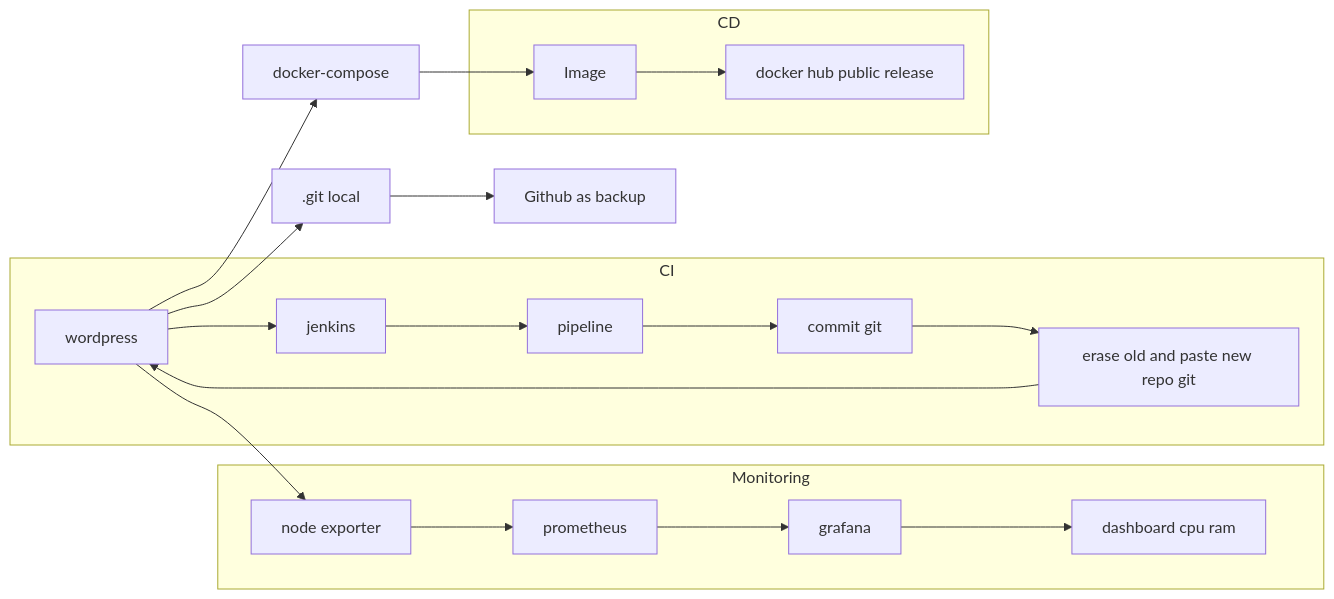
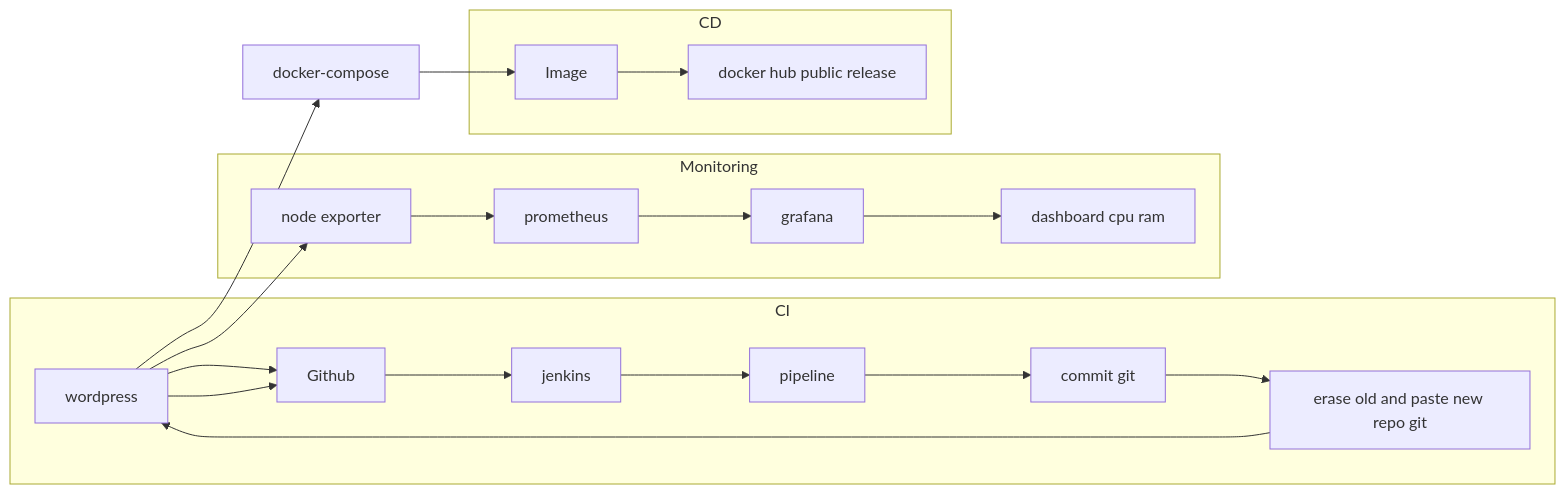
One commit to DanyAAD90/CICD_complete_from_scratch changed the diagram in README.md. Above: the diagram before and after it, drawn with Mermaid.

````diff
--- a/README.md
+++ b/README.md
@@ -5,23 +5,23 @@
 ```mermaid
 flowchart LR
-A[wordpress] --> B[.git local]
+A[wordpress] --> B[Github]
 A --> G[node exporter]
-A --> K[jenkins]
 subgraph CI
+A --> B[Github]
+B --> K[jenkins]
 K --> L[pipeline]
 L --> M[commit git]
 M --> N[erase old and paste new repo git]
 N --> A
 end
 subgraph Monitoring
 G --> H[prometheus]
 H --> I[grafana]
 I --> J[dashboard cpu ram]
 end
-B --> C[Github as backup]
 A --> D[docker-compose]
 D --> E[Image]
 subgraph CD
 E --> F[docker hub public release]
 end
 ```
````
